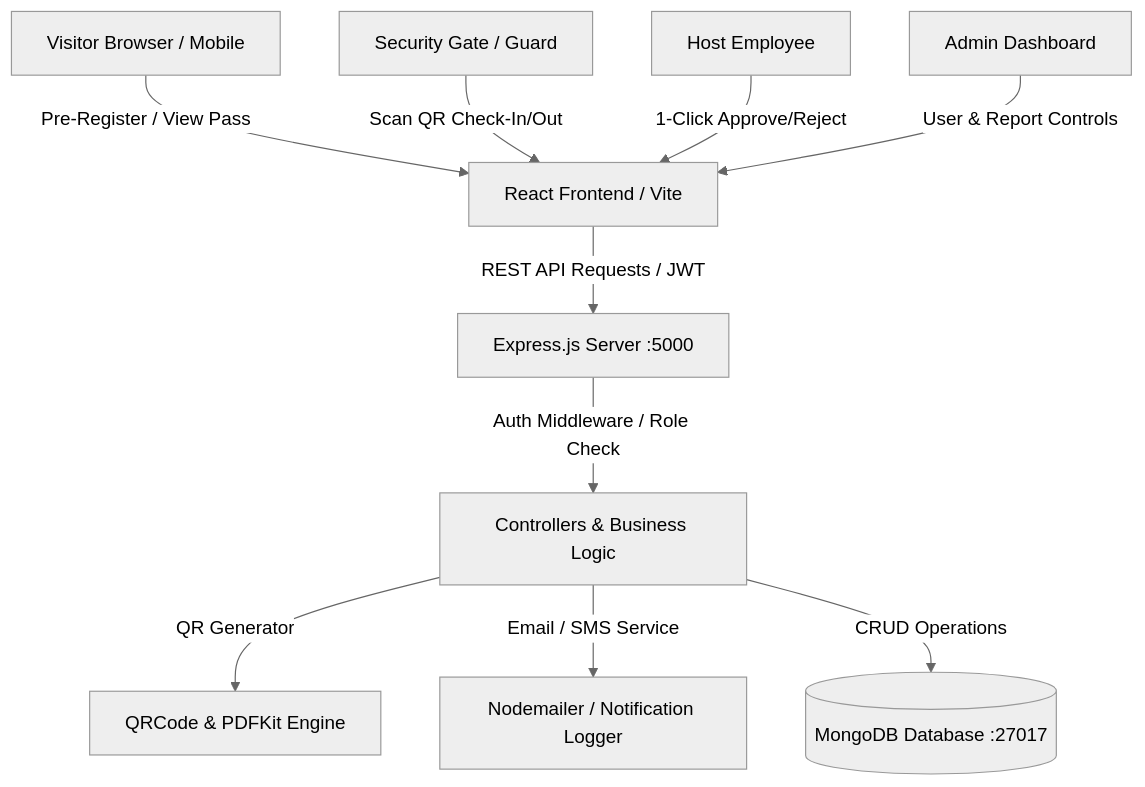
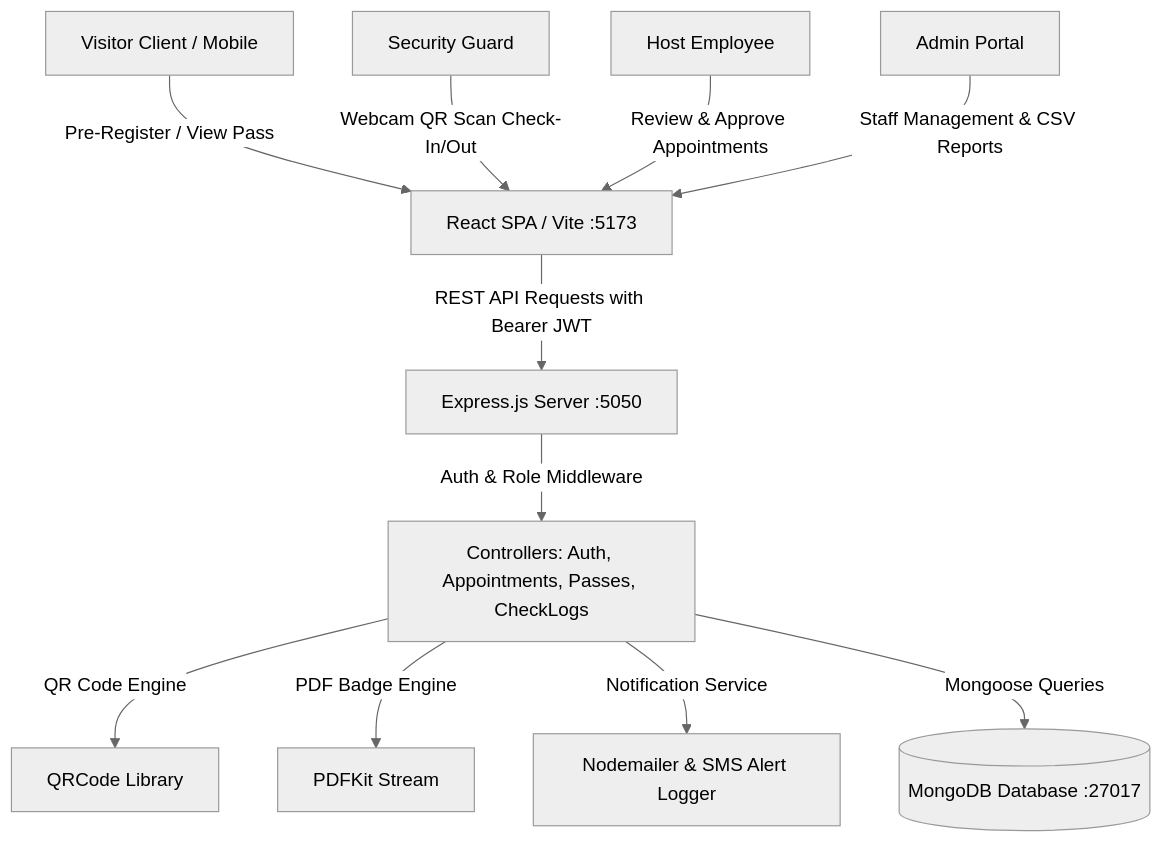
Before and after one commit to dvgirl/final_assignment-reactjs: the diagram in README.md, drawn with Mermaid (neutral theme). The commit also changed other lines of this file, not shown here.

Commit message:
docs: streamline README with clean professional formatting, schema diagrams, and trainee testing guides

````diff
--- a/README.md
+++ b/README.md
@@ -94,13 +65,14 @@
 ```mermaid
 graph TD
-    A[Visitor Browser / Mobile] -->|Pre-Register / View Pass| B[React Frontend / Vite]
-    C[Security Gate / Guard] -->|Scan QR Check-In/Out| B
-    D[Host Employee] -->|1-Click Approve/Reject| B
-    E[Admin Dashboard] -->|User & Report Controls| B
+    A[Visitor Client / Mobile] -->|Pre-Register / View Pass| B[React SPA / Vite :5173]
+    C[Security Guard] -->|Webcam QR Scan Check-In/Out| B
+    D[Host Employee] -->|Review & Approve Appointments| B
+    E[Admin Portal] -->|Staff Management & CSV Reports| B
     
-    B -->|REST API Requests / JWT| F[Express.js Server :5000]
-    F -->|Auth Middleware / Role Check| G[Controllers & Business Logic]
-    G -->|QR Generator| H[QRCode & PDFKit Engine]
-    G -->|Email / SMS Service| I[Nodemailer / Notification Logger]
-    G -->|CRUD Operations| J[(MongoDB Database :27017)]
+    B -->|REST API Requests with Bearer JWT| F[Express.js Server :5050]
+    F -->|Auth & Role Middleware| G[Controllers: Auth, Appointments, Passes, CheckLogs]
+    G -->|QR Code Engine| H[QRCode Library]
+    G -->|PDF Badge Engine| I[PDFKit Stream]
+    G -->|Notification Service| J[Nodemailer & SMS Alert Logger]
+    G -->|Mongoose Queries| K[(MongoDB Database :27017)]
 ```
````
